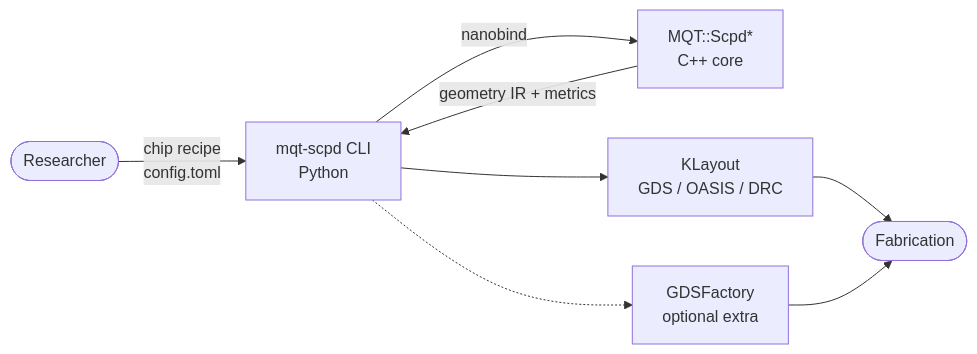
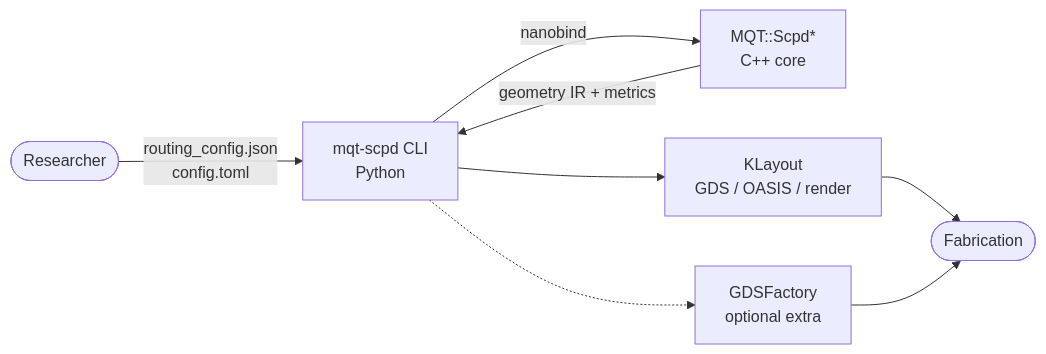
One commit to munich-quantum-toolkit/scpd changed the first of 5 diagrams in ARCHITECTURE.md. Above: the diagram before and after it, drawn with Mermaid. The commit also changed other lines of this file and 18 other files, not shown here.

Commit message:
📝 Changed Architecture for review ready version

````diff
--- a/ARCHITECTURE.md
+++ b/ARCHITECTURE.md
@@ -44,17 +48,17 @@
 ```mermaid
 graph LR
   user([Researcher])
   cli[mqt-scpd CLI<br/>Python]
   core[MQT::Scpd*<br/>C++ core]
-  kl[KLayout<br/>GDS / OASIS / DRC]
+  kl[KLayout<br/>GDS / OASIS / render]
   gf[GDSFactory<br/>optional extra]
   fab([Fabrication])
 
-  user -->|chip recipe<br/>config.toml| cli
+  user -->|routing_config.json<br/>config.toml| cli
   cli -->|nanobind| core
   core -->|geometry IR + metrics| cli
   cli --> kl
   cli -.-> gf
   kl --> fab
   gf --> fab
 ```
````
